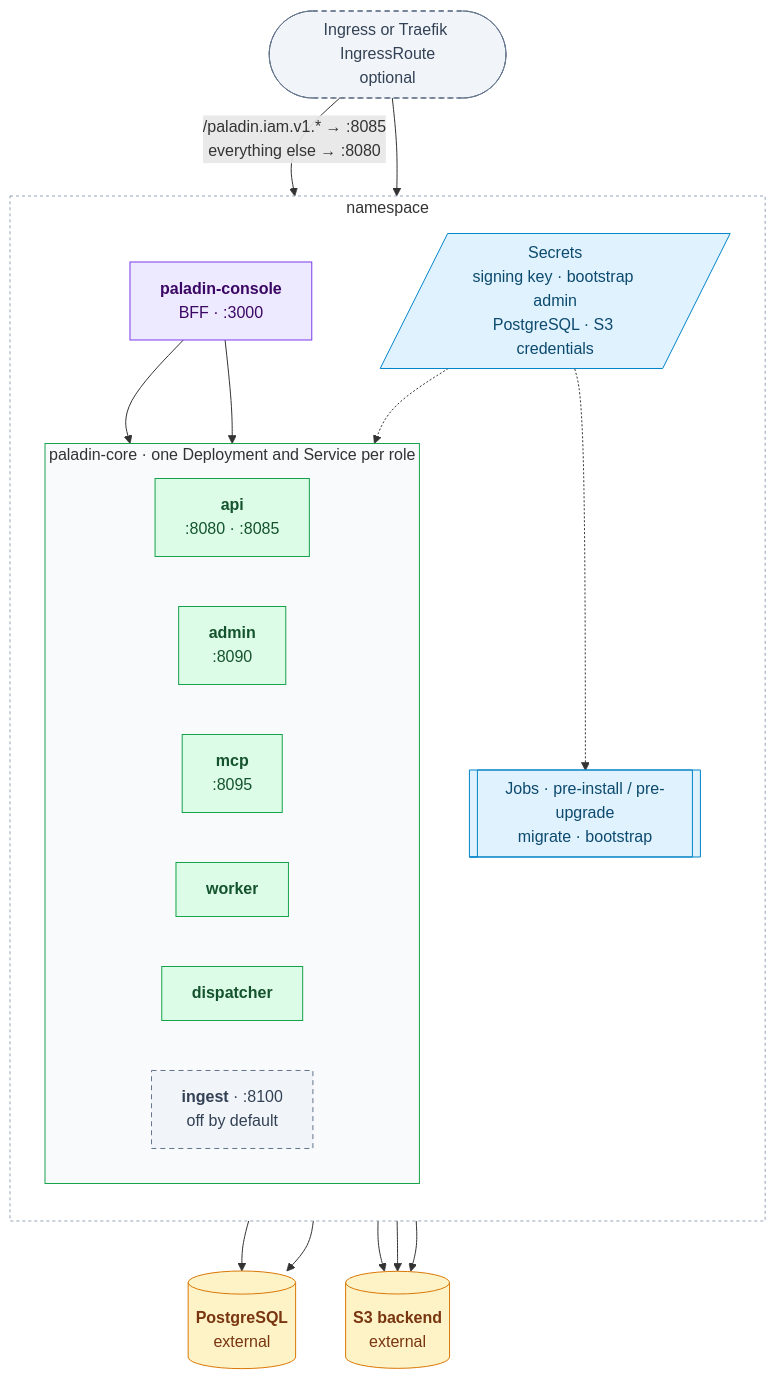
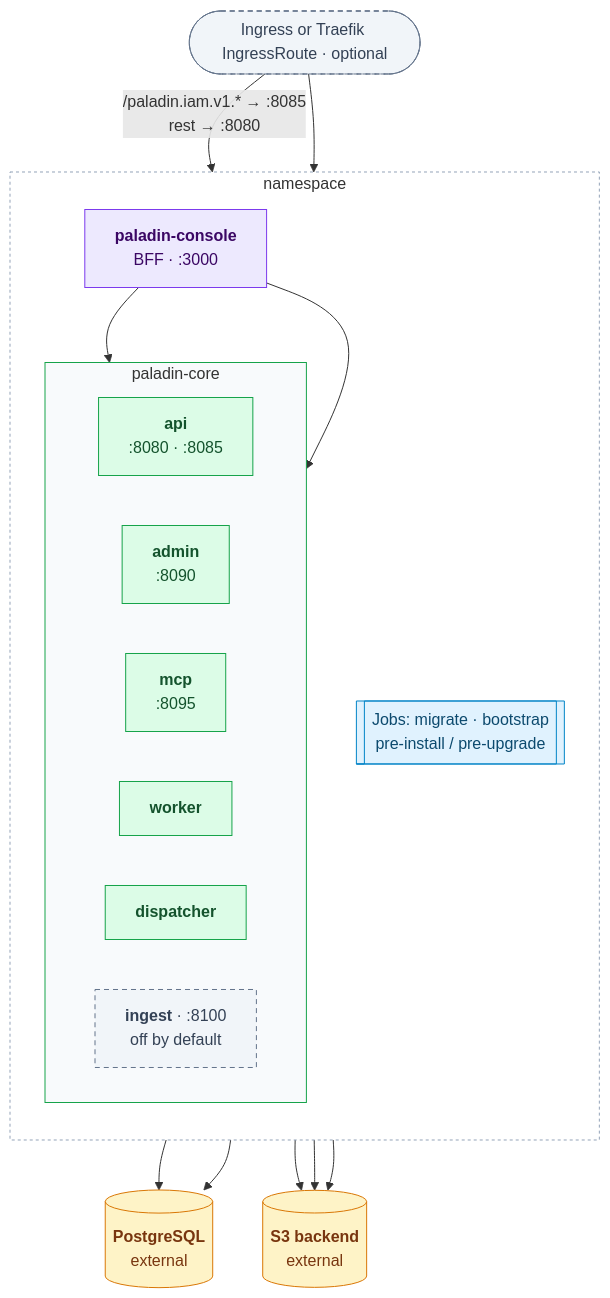
The sixth of 6 diagrams in backend/docs/diagrams.md (oleg-tkachuk/paladin), drawn with Mermaid before and after one commit. The commit also changed other lines of this file and 2 other files, not shown here.

First line of the commit message:
docs: lay the diagrams out so nothing overlaps in the default renderer

````diff
--- a/backend/docs/diagrams.md
+++ b/backend/docs/diagrams.md
@@ -118,44 +133,47 @@
 ```mermaid
 flowchart TB
-    ingress(["Ingress or Traefik IngressRoute<br/>optional"])
+    ingress(["Ingress or Traefik IngressRoute · optional"])
 
     subgraph ns ["namespace"]
         direction TB
         console["<b>paladin-console</b><br/>BFF · :3000"]
-        subgraph core ["paladin-core · one Deployment and Service per role"]
+        subgraph core ["paladin-core"]
             direction LR
             api["<b>api</b><br/>:8080 · :8085"]
             admin["<b>admin</b><br/>:8090"]
             mcp["<b>mcp</b><br/>:8095"]
             worker["<b>worker</b>"]
             dispatcher["<b>dispatcher</b>"]
             ingest["<b>ingest</b> · :8100<br/>off by default"]
         end
-        jobs[["Jobs · pre-install / pre-upgrade<br/>migrate · bootstrap"]]
-        secrets[/"Secrets<br/>signing key · bootstrap admin<br/>PostgreSQL · S3 credentials"/]
+        jobs[["Jobs: migrate · bootstrap<br/>pre-install / pre-upgrade"]]
     end
 
     pg[("<b>PostgreSQL</b><br/>external")]
     s3[("<b>S3 backend</b><br/>external")]
 
-    ingress -- "/paladin.iam.v1.* → :8085<br/>everything else → :8080" --> api
+    ingress -- "/paladin.iam.v1.* → :8085<br/>rest → :8080" --> api
     ingress --> console
-    console --> api & admin
+    console --> api
+    console --> admin
+    core --> pg
     jobs --> pg
-    core --> pg
-    api & admin & worker --> s3
-    secrets -.-> core & jobs
+    api --> s3
+    admin --> s3
+    worker --> s3
 
+    classDef client fill:#E0F2FE,stroke:#0284C7,color:#0C4A6E
     classDef ui fill:#EDE9FE,stroke:#7C3AED,color:#3B0764
     classDef role fill:#DCFCE7,stroke:#16A34A,color:#14532D
     classDef optional fill:#F1F5F9,stroke:#64748B,color:#334155,stroke-dasharray:5 4
     classDef store fill:#FEF3C7,stroke:#D97706,color:#78350F
+    classDef external fill:#FCE7F3,stroke:#DB2777,color:#831843
     classDef k8s fill:#E0F2FE,stroke:#0284C7,color:#0C4A6E
     class console ui
     class api,admin,mcp,worker,dispatcher role
     class ingest,ingress optional
     class pg,s3 store
-    class jobs,secrets k8s
+    class jobs k8s
     style ns fill:none,stroke:#94A3B8,stroke-dasharray:3 3
     style core fill:#F8FAFC,stroke:#16A34A
 ```
````
